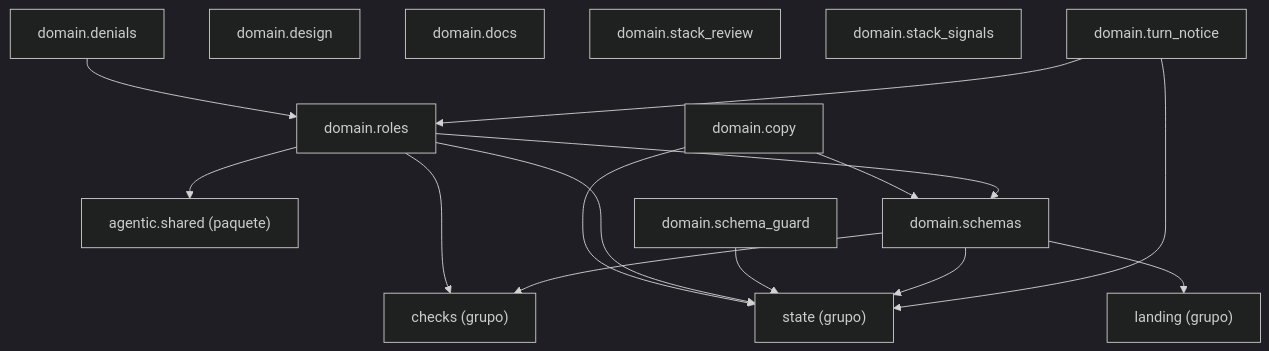
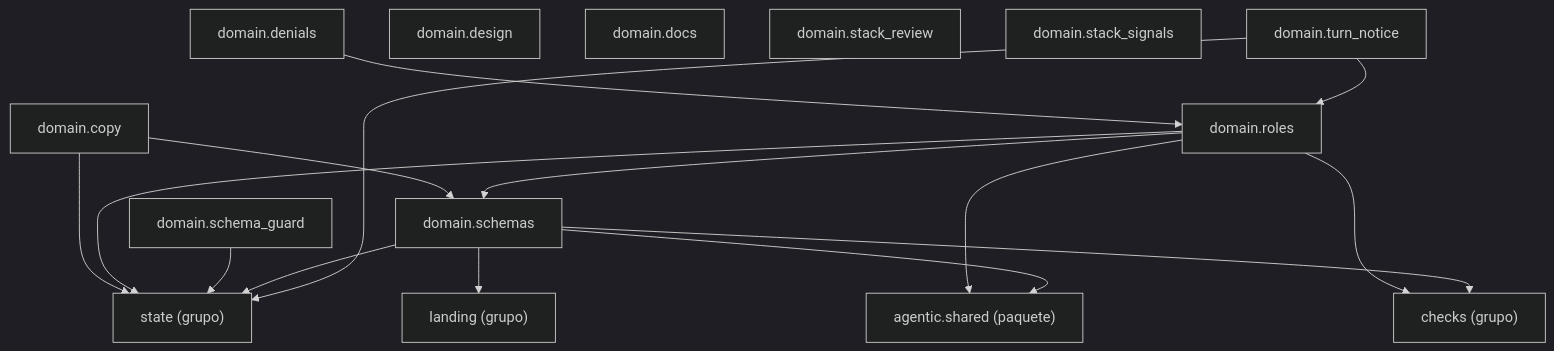
One commit to GonzaloZevallos/agentic-system changed the diagram in docs/architecture/generated/packages-process-domain-roles.md. Above: the diagram before and after it, drawn with Mermaid (dark theme). The commit also changed 1 other file, not shown here.

Commit message:
Regenerate the architecture graphs after cost_history and schemas import shared
The DEFAULT_PLAN_SHAPE single source adds two edges to agentic.shared; the docs check
fails while the generated pages are stale.

````diff
--- a/docs/architecture/generated/packages-process-domain-roles.md
+++ b/docs/architecture/generated/packages-process-domain-roles.md
@@ -11,30 +11,31 @@
 ```mermaid
 graph TD
     g_domain__checks["checks (grupo)"]
     g_domain__landing["landing (grupo)"]
     g_domain__state["state (grupo)"]
     g_pkg__agentic__shared["agentic.shared (paquete)"]
     m_domain__copy["domain.copy"]
     m_domain__denials["domain.denials"]
     m_domain__design["domain.design"]
     m_domain__docs["domain.docs"]
     m_domain__roles["domain.roles"]
     m_domain__schema_guard["domain.schema_guard"]
     m_domain__schemas["domain.schemas"]
     m_domain__stack_review["domain.stack_review"]
     m_domain__stack_signals["domain.stack_signals"]
     m_domain__turn_notice["domain.turn_notice"]
     m_domain__copy --> g_domain__state
     m_domain__copy --> m_domain__schemas
     m_domain__denials --> m_domain__roles
     m_domain__roles --> g_domain__checks
     m_domain__roles --> g_domain__state
     m_domain__roles --> g_pkg__agentic__shared
     m_domain__roles --> m_domain__schemas
     m_domain__schema_guard --> g_domain__state
     m_domain__schemas --> g_domain__checks
     m_domain__schemas --> g_domain__landing
     m_domain__schemas --> g_domain__state
+    m_domain__schemas --> g_pkg__agentic__shared
     m_domain__turn_notice --> g_domain__state
     m_domain__turn_notice --> m_domain__roles
 ```
````
